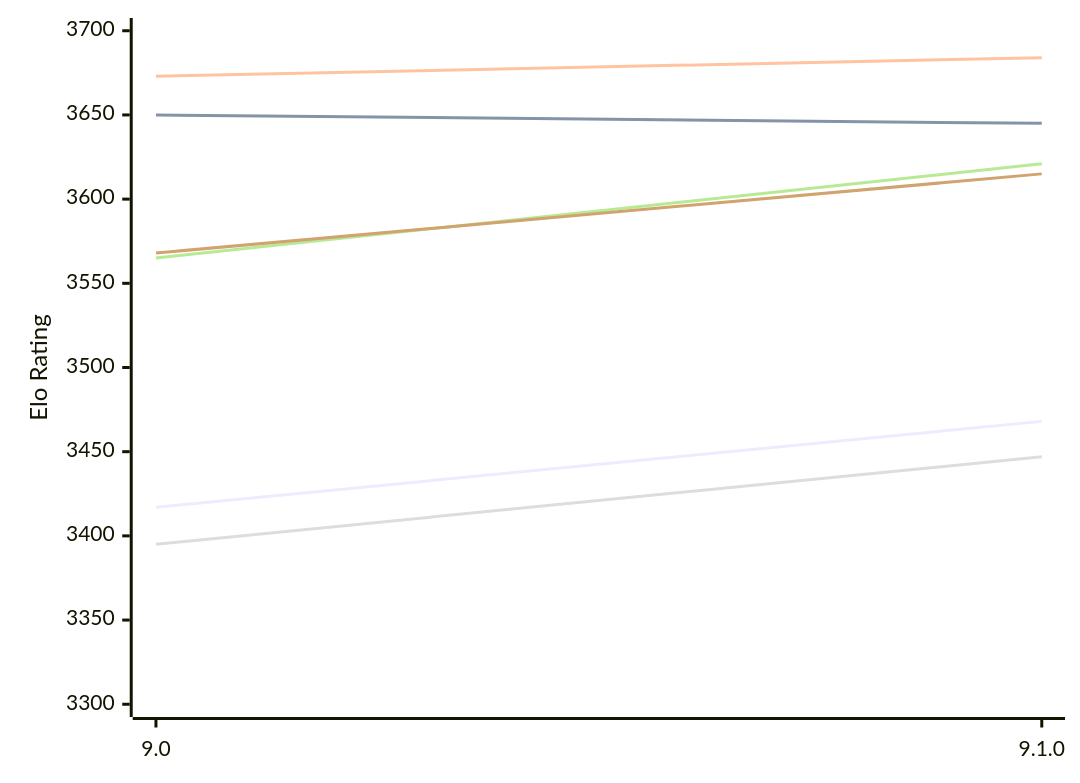
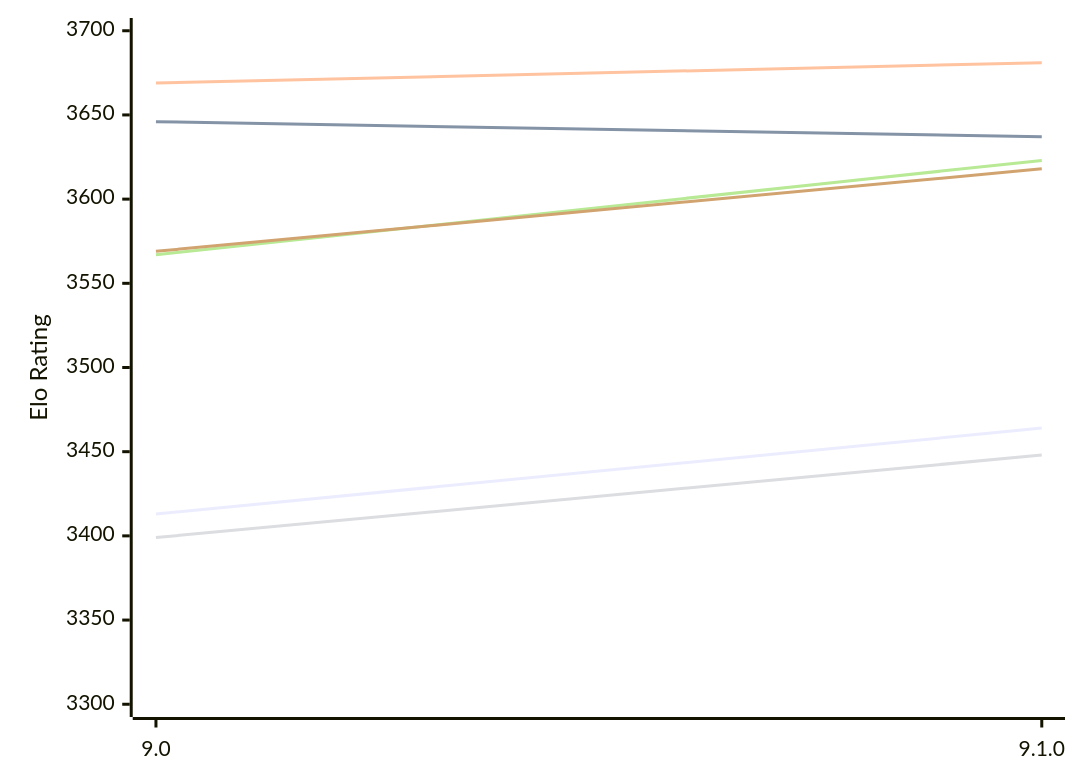
Before and after one commit to computer-chess-index/cci: the first of 2 diagrams in engines/Alexandria.md, drawn with Mermaid. The commit also changed other lines of this file, not shown here.

Commit message:
Update CCI Ratings (ELO VLTC) - 2026-11-21

````diff
--- a/engines/Alexandria.md
+++ b/engines/Alexandria.md
@@ -54,12 +54,12 @@
 ```mermaid
 %%{init: {"theme":"base","themeVariables":{"seriesColors:['#a3a3a3','#222221','#faa371']}}}%%
 xychart-beta
   x-axis ["9.0", "9.1.0"]
   y-axis "Elo Rating" 3300 --> 3700
-  line "E1: STC (8.0+0.08s)" [3417, 3468]
-  line "E1: LTC (60.0+0.60s)" [3650, 3645]
-  line "E1: VLTC (2m24s+1.12s)" [3673, 3684]
-  line "P1: STC (8.0+0.08s)" [3395, 3447]
-  line "P1: LTC (60.0+0.60s)" [3565, 3621]
-  line "P1: VLTC (2m24s+1.12s)" [3568, 3615]
+  line "E1: STC (8.0+0.08s)" [3413, 3464]
+  line "E1: LTC (60.0+0.60s)" [3646, 3637]
+  line "E1: VLTC (2m24s+1.12s)" [3669, 3681]
+  line "P1: STC (8.0+0.08s)" [3399, 3448]
+  line "P1: LTC (60.0+0.60s)" [3567, 3623]
+  line "P1: VLTC (2m24s+1.12s)" [3569, 3618]
 ```
````
